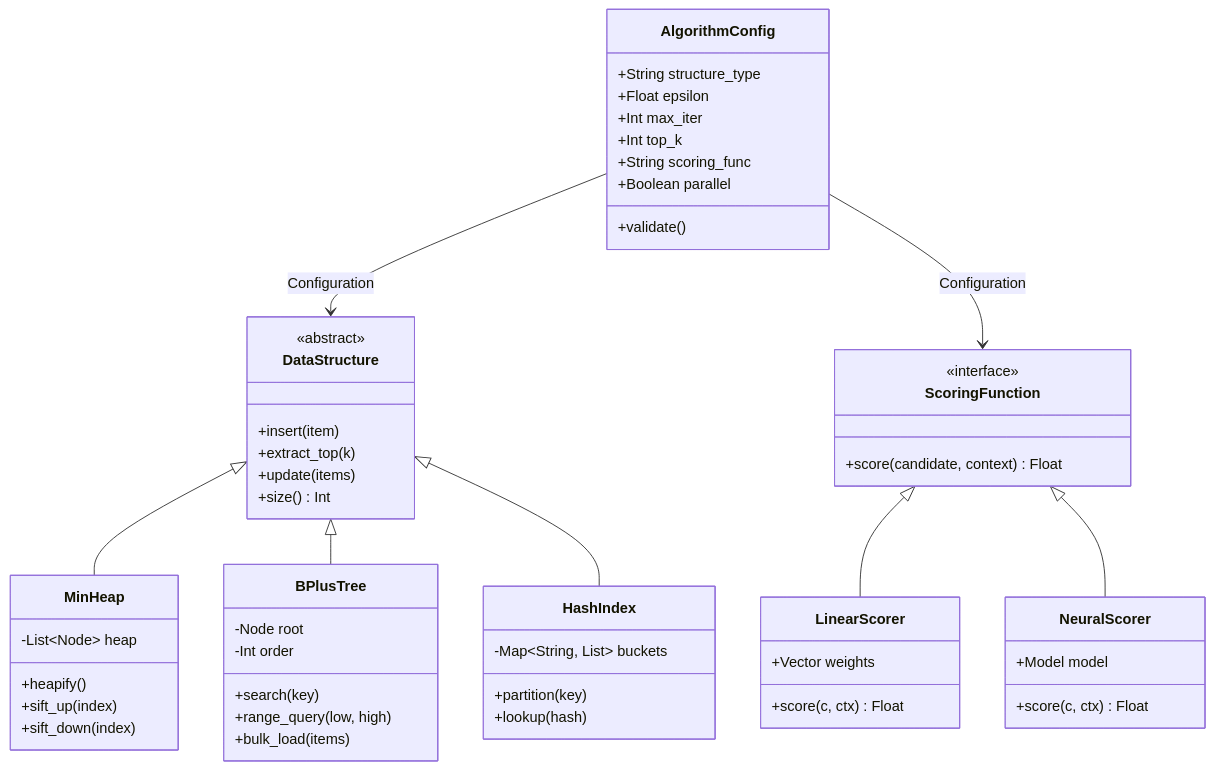
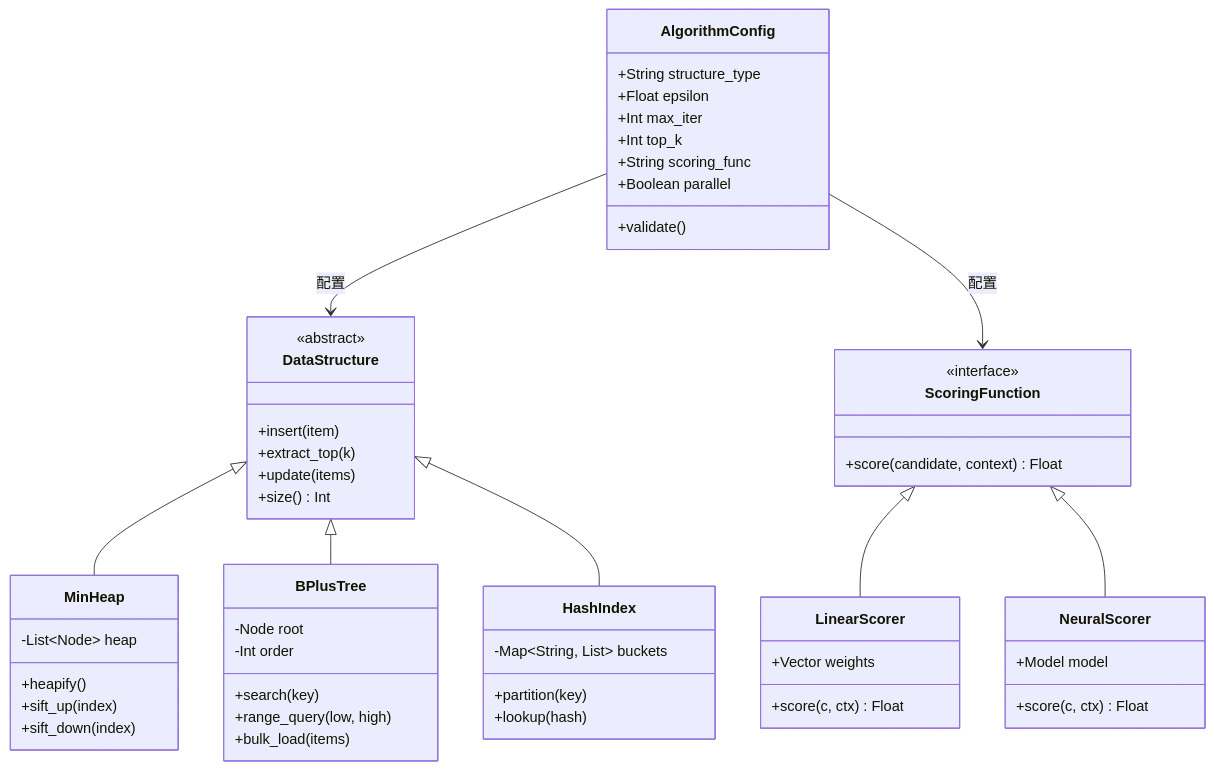
Before and after one commit to Kirky-X/cangjie: the fifth of 10 diagrams in templates/Product/Technology/Template-Algorithm.md, drawn with Mermaid. The commit also changed other lines of this file and 33 other files, not shown here.

````diff
--- a/templates/Product/Technology/Template-Algorithm.md
+++ b/templates/Product/Technology/Template-Algorithm.md
@@ -499,65 +499,65 @@
 ```mermaid
 classDiagram
     class AlgorithmConfig {
         +String structure_type
         +Float epsilon
         +Int max_iter
         +Int top_k
         +String scoring_func
         +Boolean parallel
         +validate()
     }
 
     class DataStructure {
         <<abstract>>
         +insert(item)
         +extract_top(k)
         +update(items)
         +size() Int
     }
 
     class MinHeap {
         -List~Node~ heap
         +heapify()
         +sift_up(index)
         +sift_down(index)
     }
 
     class BPlusTree {
         -Node root
         -Int order
         +search(key)
         +range_query(low, high)
         +bulk_load(items)
     }
 
     class HashIndex {
         -Map~String, List~ buckets
         +partition(key)
         +lookup(hash)
     }
 
     class ScoringFunction {
         <<interface>>
         +score(candidate, context) Float
     }
 
     class LinearScorer {
         +Vector weights
         +score(c, ctx) Float
     }
 
     class NeuralScorer {
         +Model model
         +score(c, ctx) Float
     }
 
     DataStructure <|-- MinHeap
     DataStructure <|-- BPlusTree
     DataStructure <|-- HashIndex
     ScoringFunction <|-- LinearScorer
     ScoringFunction <|-- NeuralScorer
 
-    AlgorithmConfig --> DataStructure : Configuration
-    AlgorithmConfig --> ScoringFunction : Configuration
+    AlgorithmConfig --> DataStructure : 配置
+    AlgorithmConfig --> ScoringFunction : 配置
 ```
````
